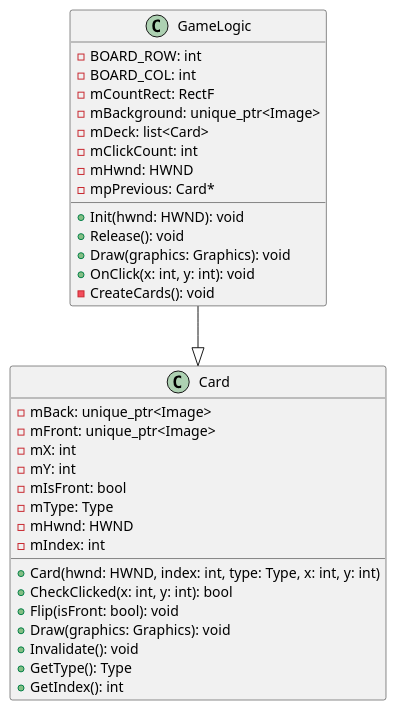
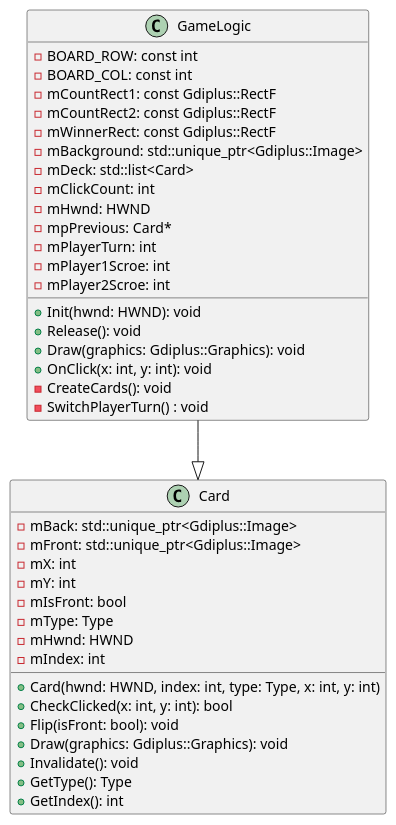
One commit to river-zero/Memory_Game changed the diagram in Memory_Game.puml. Above: the diagram before and after it, drawn with PlantUML. The commit also changed 10 other files, not shown here.

```diff
--- a/Memory_Game.puml
+++ b/Memory_Game.puml
@@ -1,41 +1,47 @@
 @startuml
 
 class GameLogic {
-  - BOARD_ROW: int
-  - BOARD_COL: int
-  - mCountRect: RectF
-  - mBackground: unique_ptr<Image>
-  - mDeck: list<Card>
+  - BOARD_ROW: const int
+  - BOARD_COL: const int
+  - mCountRect1: const Gdiplus::RectF
+  - mCountRect2: const Gdiplus::RectF
+  - mWinnerRect: const Gdiplus::RectF
+  - mBackground: std::unique_ptr<Gdiplus::Image>
+  - mDeck: std::list<Card>
   - mClickCount: int
   - mHwnd: HWND
   - mpPrevious: Card*
+  - mPlayerTurn: int
+  - mPlayer1Scroe: int
+  - mPlayer2Scroe: int
 
   + Init(hwnd: HWND): void
   + Release(): void
-  + Draw(graphics: Graphics): void
+  + Draw(graphics: Gdiplus::Graphics): void
   + OnClick(x: int, y: int): void
   - CreateCards(): void
+  - SwitchPlayerTurn() : void
 }
 
 class Card {
-  - mBack: unique_ptr<Image>
-  - mFront: unique_ptr<Image>
+  - mBack: std::unique_ptr<Gdiplus::Image>
+  - mFront: std::unique_ptr<Gdiplus::Image>
   - mX: int
   - mY: int
   - mIsFront: bool
   - mType: Type
   - mHwnd: HWND
   - mIndex: int
 
   + Card(hwnd: HWND, index: int, type: Type, x: int, y: int)
   + CheckClicked(x: int, y: int): bool
   + Flip(isFront: bool): void
-  + Draw(graphics: Graphics): void
+  + Draw(graphics: Gdiplus::Graphics): void
   + Invalidate(): void
   + GetType(): Type
   + GetIndex(): int
 }
 
 GameLogic --|> Card
 
 @enduml
```
